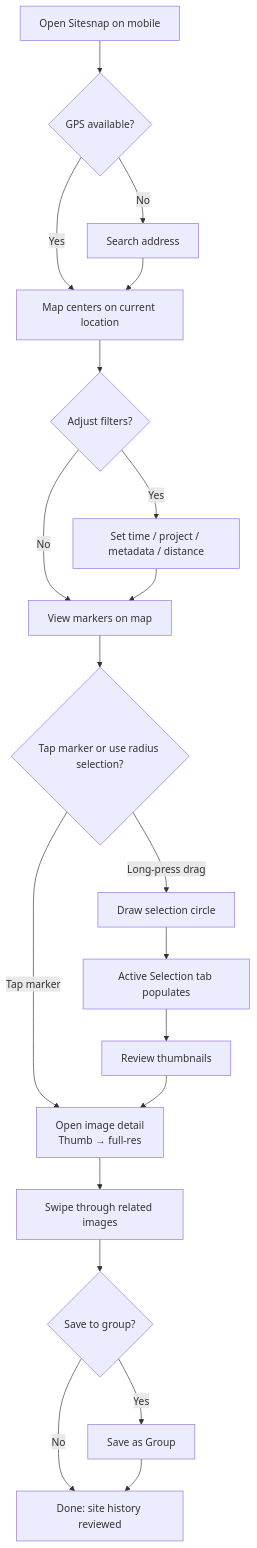
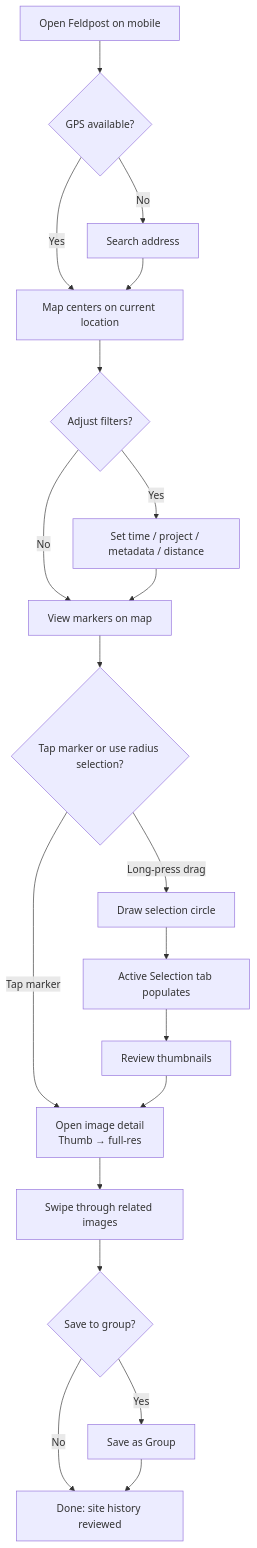
One commit to matkleve/sitesnap changed the first of 5 diagrams in docs/archive/use-cases-README.md. Above: the diagram before and after it, drawn with Mermaid. The commit also changed other lines of this file and 60 other files, not shown here.

````diff
--- a/docs/archive/use-cases-README.md
+++ b/docs/archive/use-cases-README.md
@@ -99,22 +99,22 @@
 ```mermaid
 flowchart TD
-    A["Open Sitesnap on mobile"] --> B{"GPS available?"}
+    A["Open Feldpost on mobile"] --> B{"GPS available?"}
     B -->|Yes| C["Map centers on current location"]
     B -->|No| D["Search address"]
     D --> C
     C --> E{"Adjust filters?"}
     E -->|Yes| F["Set time / project / metadata / distance"]
     E -->|No| G["View markers on map"]
     F --> G
     G --> H{"Tap marker or use radius selection?"}
     H -->|Tap marker| I["Open image detail\nThumb → full-res"]
     H -->|Long-press drag| J["Draw selection circle"]
     J --> K["Active Selection tab populates"]
     K --> L["Review thumbnails"]
     L --> I
     I --> M["Swipe through related images"]
     M --> N{"Save to group?"}
     N -->|Yes| O["Save as Group"]
     N -->|No| P["Done: site history reviewed"]
     O --> P
 ```
````
